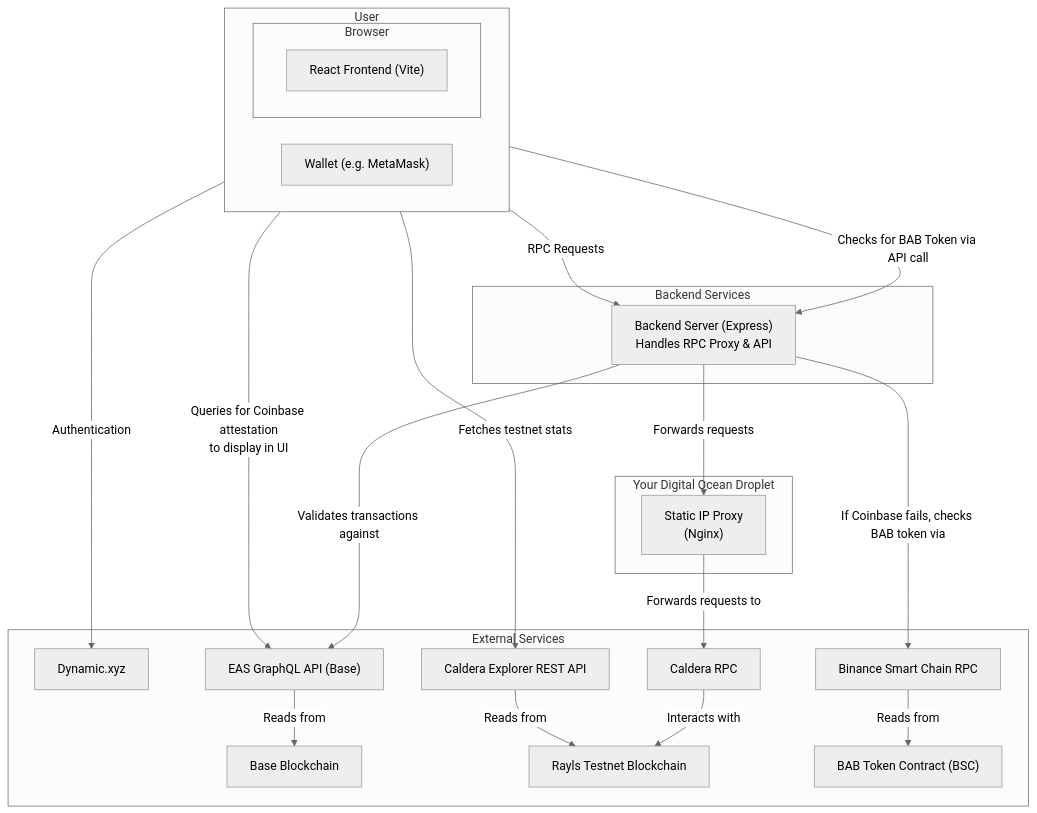
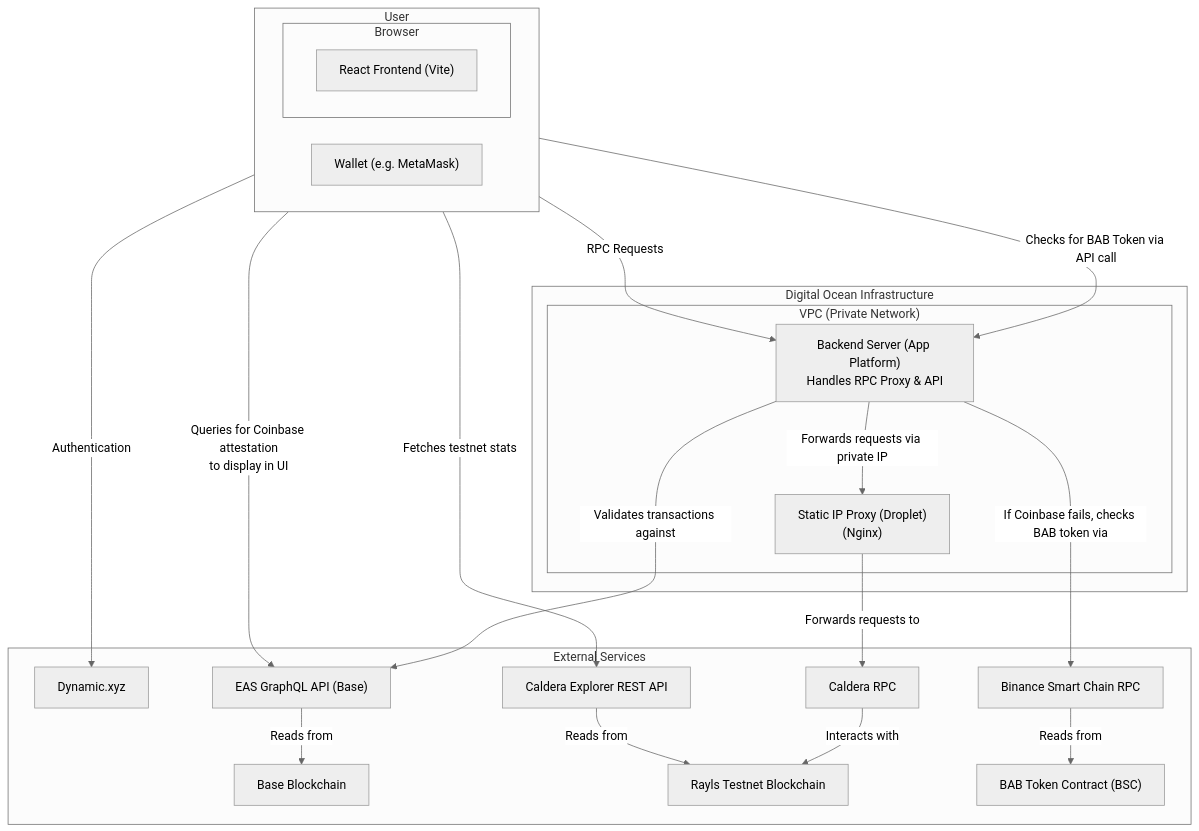
One commit to AlexJupiter/rayls-dapp changed the diagram in README.md. Above: the diagram before and after it, drawn with Mermaid (neutral theme). The commit also changed 1 other file, not shown here.

Commit message:
Update to architecture with VPC

````diff
--- a/README.md
+++ b/README.md
@@ -22,43 +22,42 @@
 ```mermaid
 graph TD
     subgraph "User"
         direction LR
         subgraph "Browser"
             A["React Frontend (Vite)"]
         end
         H["Wallet (e.g. MetaMask)"]
     end
 
-    subgraph "Backend Services"
-        B["Backend Server (Express)<br/>Handles RPC Proxy & API"]
-    end
-
-    subgraph "Your Digital Ocean Droplet"
-        P["Static IP Proxy<br/>(Nginx)"]
+    subgraph "Digital Ocean Infrastructure"
+        subgraph "VPC (Private Network)"
+            B["Backend Server (App Platform)<br/>Handles RPC Proxy & API"]
+            P["Static IP Proxy (Droplet)<br/>(Nginx)"]
+        end
     end
 
     subgraph "External Services"
         C["Dynamic.xyz"]
         D["Caldera RPC"]
         E["EAS GraphQL API (Base)"]
         F["Base Blockchain"]
         G["Rayls Testnet Blockchain"]
         I["Caldera Explorer REST API"]
         J["Binance Smart Chain RPC"]
         K["BAB Token Contract (BSC)"]
     end
 
     A -- "Authentication" --> C;
     A -- "Queries for Coinbase attestation<br/>to display in UI" --> E;
     A -- "Checks for BAB Token via API call" --> B
     A -- "Fetches testnet stats" --> I;
     H -- "RPC Requests" --> B;
-    B -- "Forwards requests" --> P;
+    B -- "Forwards requests via private IP" --> P;
     P -- "Forwards requests to" --> D;
     D -- "Interacts with" --> G;
     B -- "Validates transactions against" --> E;
     B -- "If Coinbase fails, checks BAB token via" --> J
     E -- "Reads from" --> F;
     I -- "Reads from" --> G;
     J -- "Reads from" --> K;
 ```
````
